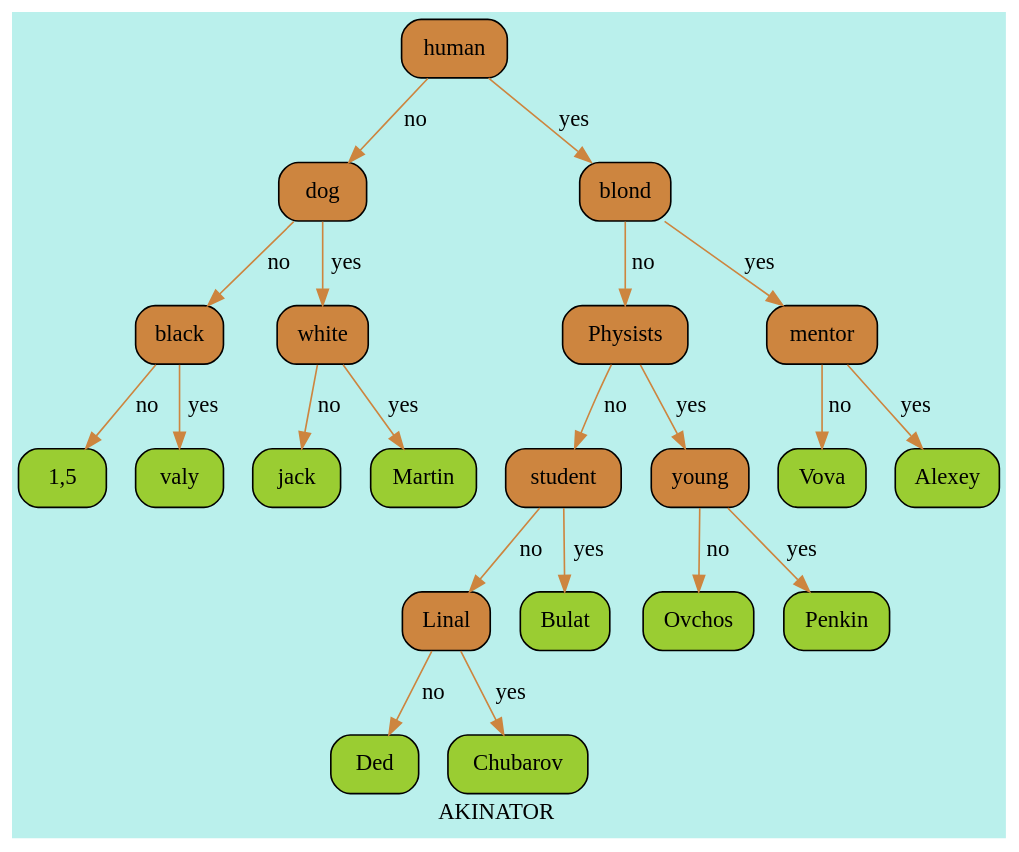
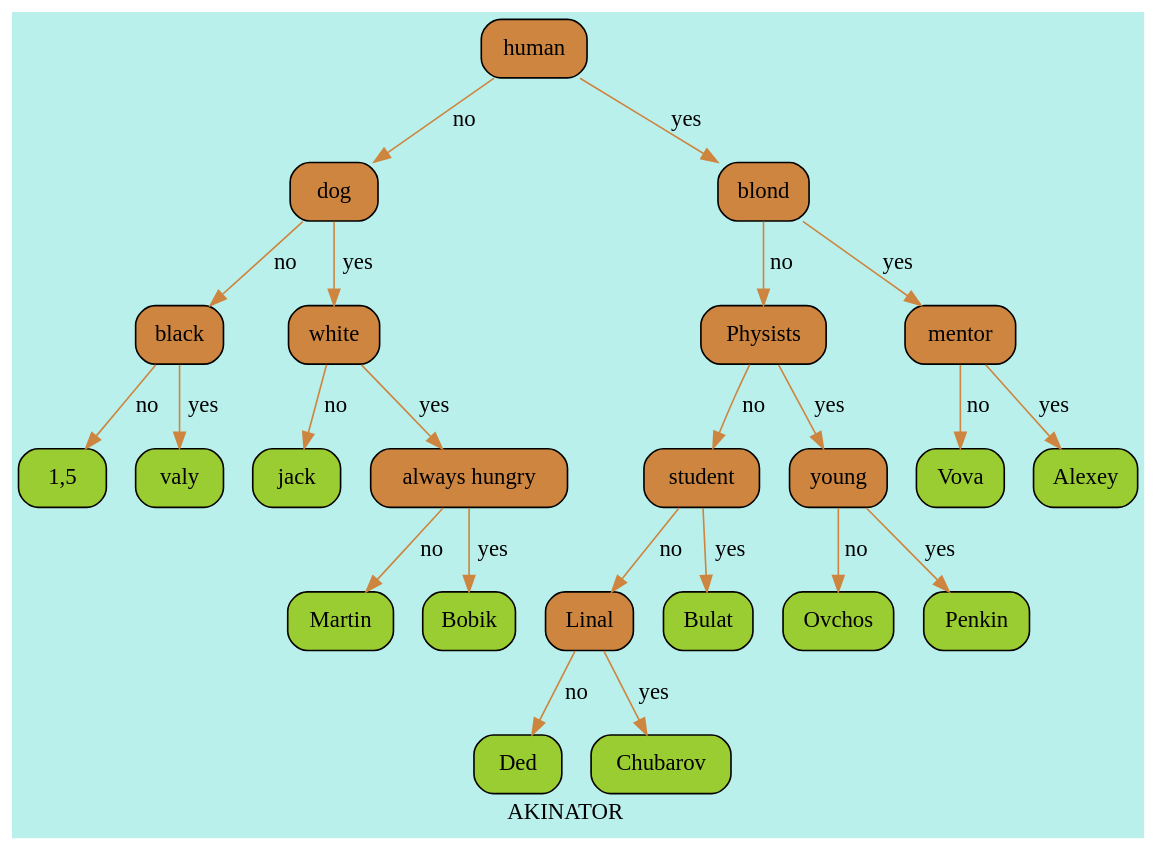
One commit to Vladimir1t/Akinator changed the diagram in graphviz/graph.dot. Above: the diagram before and after it, drawn with Graphviz. The commit also changed 6 other files, not shown here.

```diff
--- a/graphviz/graph.dot
+++ b/graphviz/graph.dot
@@ -1,47 +1,51 @@
 digraph AKINATOR{
 label = < AKINATOR >;
 bgcolor = "#BAF0EC";
 node [shape = record ];
 edge [style = filled ];
  0 [shape = Mrecord, style = filled, fillcolor = Peru, label = "human" ];
  1 [shape = Mrecord, style = filled, fillcolor = Peru, label = "dog" ];
  2 [shape = Mrecord, style = filled, fillcolor = Peru, label = "black" ];
  3 [shape = Mrecord, style = filled, fillcolor = YellowGreen, label = "1,5" ];
  4 [shape = Mrecord, style = filled, fillcolor = YellowGreen, label = "valy" ];
  5 [shape = Mrecord, style = filled, fillcolor = Peru, label = "white" ];
  6 [shape = Mrecord, style = filled, fillcolor = YellowGreen, label = "jack" ];
- 7 [shape = Mrecord, style = filled, fillcolor = YellowGreen, label = "Martin" ];
- 8 [shape = Mrecord, style = filled, fillcolor = Peru, label = "blond" ];
- 9 [shape = Mrecord, style = filled, fillcolor = Peru, label = "Physists" ];
- 10 [shape = Mrecord, style = filled, fillcolor = Peru, label = "student" ];
- 11 [shape = Mrecord, style = filled, fillcolor = Peru, label = "Linal" ];
- 12 [shape = Mrecord, style = filled, fillcolor = YellowGreen, label = "Ded" ];
- 13 [shape = Mrecord, style = filled, fillcolor = YellowGreen, label = "Chubarov" ];
- 14 [shape = Mrecord, style = filled, fillcolor = YellowGreen, label = "Bulat" ];
- 15 [shape = Mrecord, style = filled, fillcolor = Peru, label = "young" ];
- 16 [shape = Mrecord, style = filled, fillcolor = YellowGreen, label = "Ovchos" ];
- 17 [shape = Mrecord, style = filled, fillcolor = YellowGreen, label = "Penkin" ];
- 18 [shape = Mrecord, style = filled, fillcolor = Peru, label = "mentor" ];
- 19 [shape = Mrecord, style = filled, fillcolor = YellowGreen, label = "Vova" ];
- 20 [shape = Mrecord, style = filled, fillcolor = YellowGreen, label = "Alexey" ];
+ 7 [shape = Mrecord, style = filled, fillcolor = Peru, label = "always hungry" ];
+ 8 [shape = Mrecord, style = filled, fillcolor = YellowGreen, label = "Martin" ];
+ 9 [shape = Mrecord, style = filled, fillcolor = YellowGreen, label = "Bobik" ];
+ 10 [shape = Mrecord, style = filled, fillcolor = Peru, label = "blond" ];
+ 11 [shape = Mrecord, style = filled, fillcolor = Peru, label = "Physists" ];
+ 12 [shape = Mrecord, style = filled, fillcolor = Peru, label = "student" ];
+ 13 [shape = Mrecord, style = filled, fillcolor = Peru, label = "Linal" ];
+ 14 [shape = Mrecord, style = filled, fillcolor = YellowGreen, label = "Ded" ];
+ 15 [shape = Mrecord, style = filled, fillcolor = YellowGreen, label = "Chubarov" ];
+ 16 [shape = Mrecord, style = filled, fillcolor = YellowGreen, label = "Bulat" ];
+ 17 [shape = Mrecord, style = filled, fillcolor = Peru, label = "young" ];
+ 18 [shape = Mrecord, style = filled, fillcolor = YellowGreen, label = "Ovchos" ];
+ 19 [shape = Mrecord, style = filled, fillcolor = YellowGreen, label = "Penkin" ];
+ 20 [shape = Mrecord, style = filled, fillcolor = Peru, label = "mentor" ];
+ 21 [shape = Mrecord, style = filled, fillcolor = YellowGreen, label = "Vova" ];
+ 22 [shape = Mrecord, style = filled, fillcolor = YellowGreen, label = "Alexey" ];
 0 -> 1[label = " no"] [ color = Peru ];
 1 -> 2[label = " no"] [ color = Peru ];
 2 -> 3[label = " no"] [ color = Peru ];
 2 -> 4[label = " yes"] [ color = Peru ];
 1 -> 5[label = " yes"] [ color = Peru ];
 5 -> 6[label = " no"] [ color = Peru ];
 5 -> 7[label = " yes"] [ color = Peru ];
-0 -> 8[label = " yes"] [ color = Peru ];
-8 -> 9[label = " no"] [ color = Peru ];
-9 -> 10[label = " no"] [ color = Peru ];
+7 -> 8[label = " no"] [ color = Peru ];
+7 -> 9[label = " yes"] [ color = Peru ];
+0 -> 10[label = " yes"] [ color = Peru ];
 10 -> 11[label = " no"] [ color = Peru ];
 11 -> 12[label = " no"] [ color = Peru ];
-11 -> 13[label = " yes"] [ color = Peru ];
-10 -> 14[label = " yes"] [ color = Peru ];
-9 -> 15[label = " yes"] [ color = Peru ];
-15 -> 16[label = " no"] [ color = Peru ];
-15 -> 17[label = " yes"] [ color = Peru ];
-8 -> 18[label = " yes"] [ color = Peru ];
-18 -> 19[label = " no"] [ color = Peru ];
-18 -> 20[label = " yes"] [ color = Peru ];
+12 -> 13[label = " no"] [ color = Peru ];
+13 -> 14[label = " no"] [ color = Peru ];
+13 -> 15[label = " yes"] [ color = Peru ];
+12 -> 16[label = " yes"] [ color = Peru ];
+11 -> 17[label = " yes"] [ color = Peru ];
+17 -> 18[label = " no"] [ color = Peru ];
+17 -> 19[label = " yes"] [ color = Peru ];
+10 -> 20[label = " yes"] [ color = Peru ];
+20 -> 21[label = " no"] [ color = Peru ];
+20 -> 22[label = " yes"] [ color = Peru ];
 }
```
